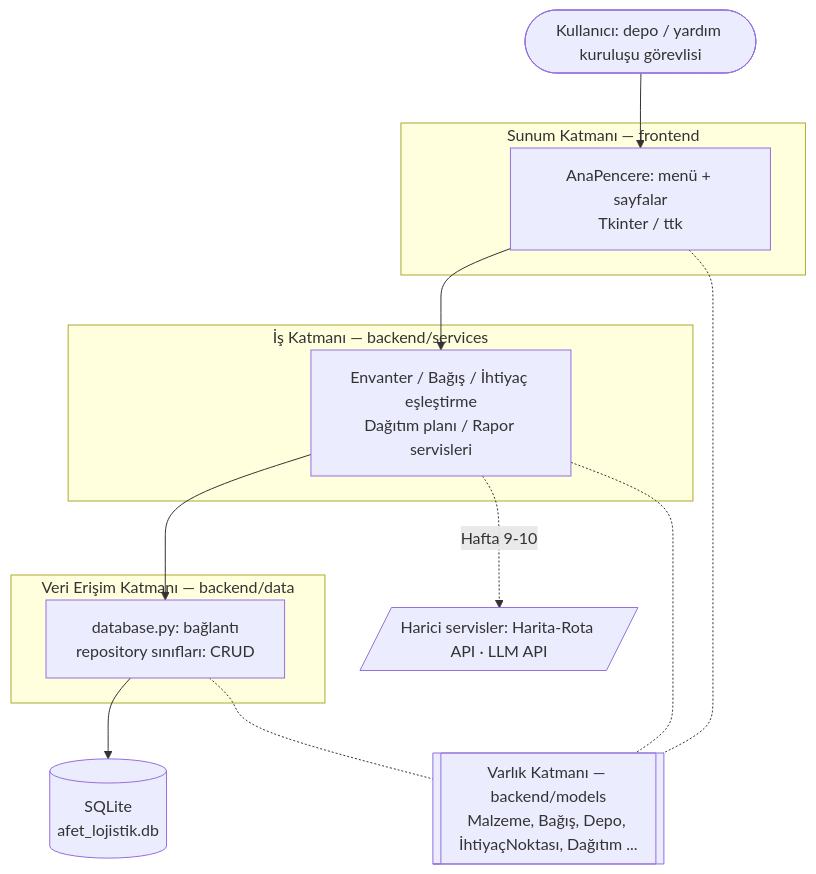
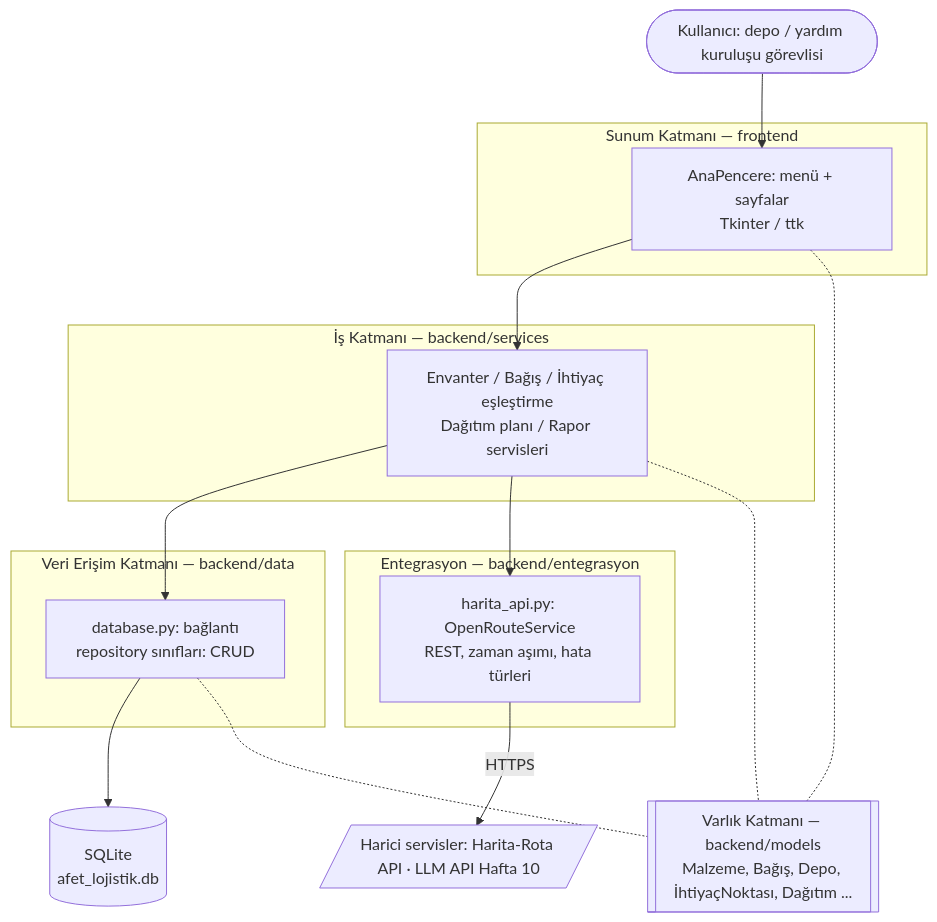
The first of 3 diagrams in docs/Mimari.md (katkat12ihsan/Afet-Yardim-Malzemesi-Lojistik-ve-Dagitim---backend), drawn with Mermaid before and after one commit. The commit also changed other lines of this file and 6 other files, not shown here.

Commit message:
docs: Rota-API (servis seçimi, istek/yanıt, hata yönetimi, hız sınırı, anahtar saklama), CHANGELOG 0.7.0, mimari entegrasyon katmanı, ER 007, README

````diff
--- a/docs/Mimari.md
+++ b/docs/Mimari.md
@@ -8,22 +8,25 @@
 ```mermaid
 flowchart TB
     K([Kullanıcı: depo / yardım kuruluşu görevlisi])
     subgraph UI["Sunum Katmanı — frontend"]
         AP[AnaPencere: menü + sayfalar<br/>Tkinter / ttk]
     end
     subgraph BL["İş Katmanı — backend/services"]
         S1[Envanter / Bağış / İhtiyaç eşleştirme<br/>Dağıtım planı / Rapor servisleri]
     end
+    subgraph INT["Entegrasyon — backend/entegrasyon"]
+        H1[harita_api.py: OpenRouteService<br/>REST, zaman aşımı, hata türleri]
+    end
     subgraph DAL["Veri Erişim Katmanı — backend/data"]
         D1[database.py: bağlantı<br/>repository sınıfları: CRUD]
     end
     DB[(SQLite<br/>afet_lojistik.db)]
     M[[Varlık Katmanı — backend/models<br/>Malzeme, Bağış, Depo, İhtiyaçNoktası, Dağıtım ...]]
-    EXT[/Harici servisler: Harita-Rota API · LLM API/]
+    EXT[/Harici servisler: Harita-Rota API · LLM API Hafta 10/]
 
     K --> AP --> S1 --> D1 --> DB
-    S1 -. Hafta 9-10 .-> EXT
+    S1 --> H1 -- HTTPS --> EXT
     AP -.- M
     S1 -.- M
     D1 -.- M
 ```
````
